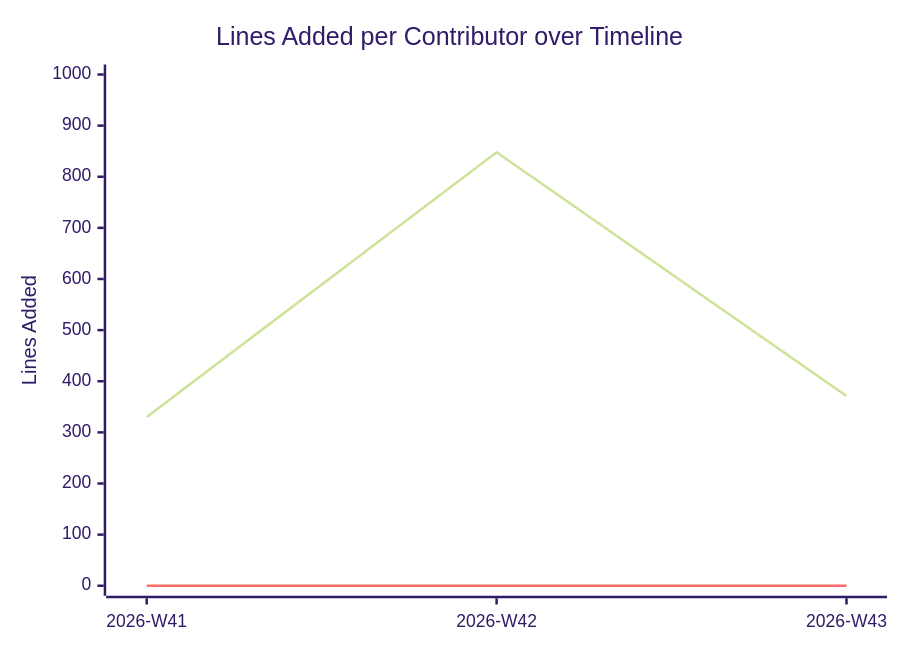
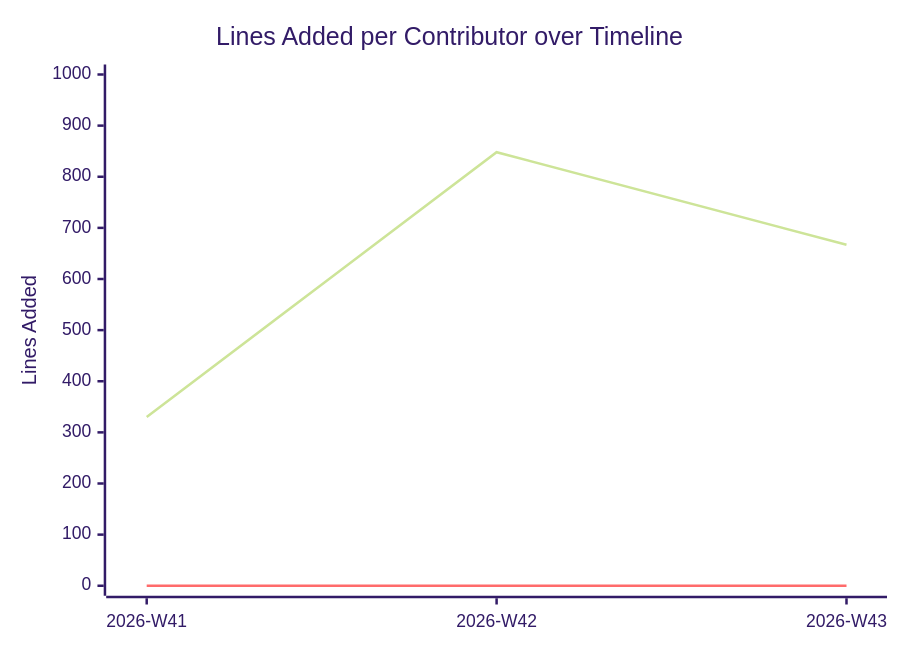
One commit to BeyondMagic/swe-template changed the diagram in documentation/snippets/management/code-additions.mmd. Above: the diagram before and after it, drawn with Mermaid (forest theme). The commit also changed 2 other files, not shown here.

```diff
--- a/documentation/snippets/management/code-additions.mmd
+++ b/documentation/snippets/management/code-additions.mmd
@@ -1,6 +1,6 @@
 xychart-beta
     title "Lines Added per Contributor over Timeline"
     x-axis ["2026-W41", "2026-W42", "2026-W43"]
     y-axis "Lines Added" 0 --> 1000
-    line [330, 848, 371]
+    line [330, 848, 667]
     line [0, 0, 0]
```
